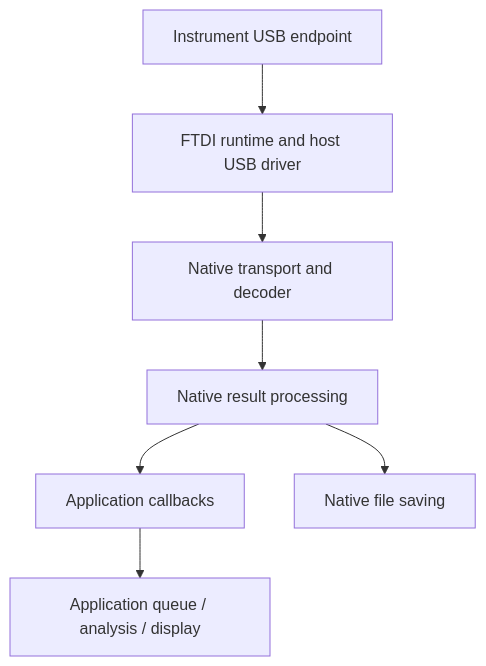
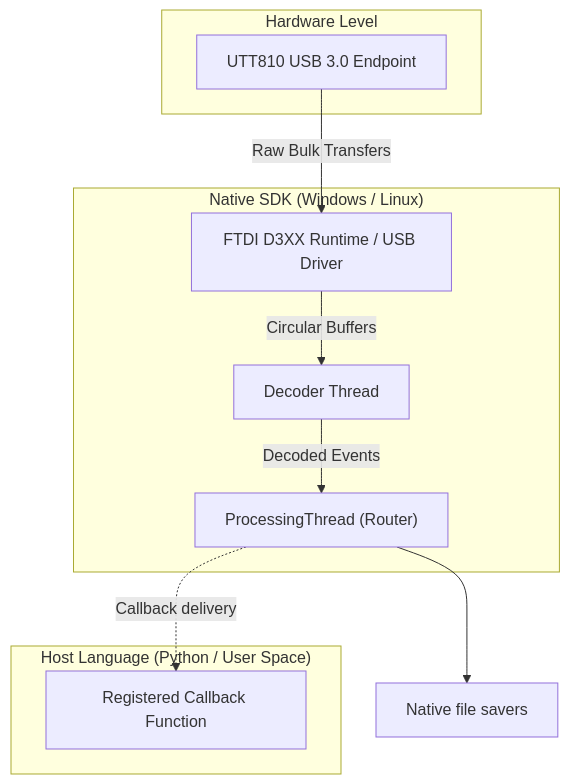
Before and after one commit to nexatom-research/nexatom-downloads: the diagram in docs/04_software_overview/index.md, drawn with Mermaid. The commit also changed other lines of this file and 14 other files, not shown here.

Commit message:
Restore detailed Python reference and SDK guides for preview.8

````diff
--- a/docs/04_software_overview/index.md
+++ b/docs/04_software_overview/index.md
@@ -15,9 +20,20 @@
 ```mermaid
 flowchart TD
-    A["Instrument USB endpoint"] --> B["FTDI runtime and host USB driver"]
-    B --> C["Native transport and decoder"]
-    C --> D["Native result processing"]
-    D --> E["Application callbacks"]
-    D --> F["Native file saving"]
-    E --> G["Application queue / analysis / display"]
+    subgraph Hardware ["Hardware Level"]
+        A["UTT810 USB 3.0 Endpoint"]
+    end
+    subgraph SDK ["Native SDK (Windows / Linux)"]
+        B["FTDI D3XX Runtime / USB Driver"]
+        C["Decoder Thread"]
+        D["ProcessingThread (Router)"]
+    end
+    subgraph Host ["Host Language (Python / User Space)"]
+        E["Registered Callback Function"]
+    end
+
+    A -->|Raw Bulk Transfers| B
+    B -->|Circular Buffers| C
+    C -->|Decoded Events| D
+    D -.->|Callback delivery| E
+    D --> F["Native file savers"]
 ```
````
